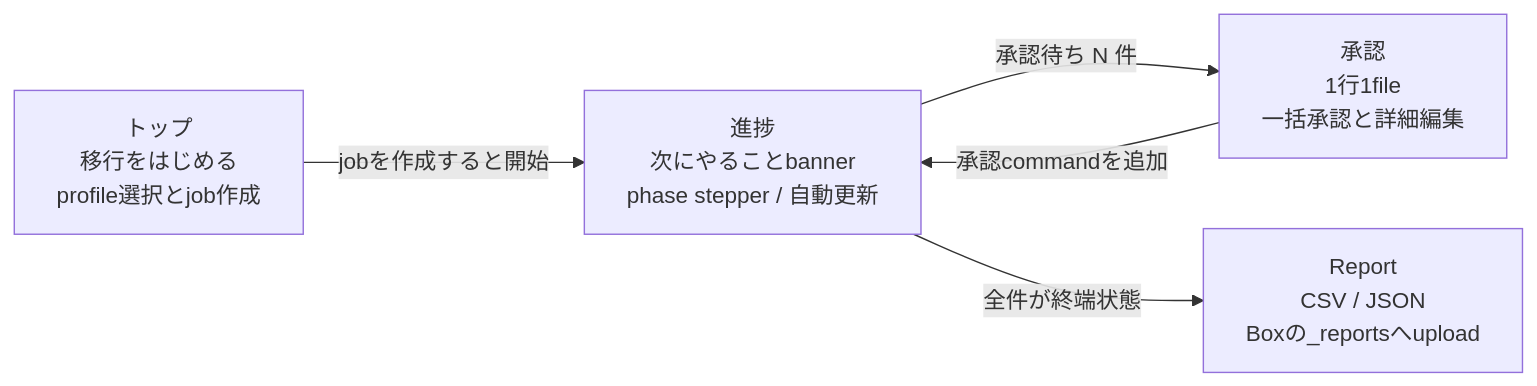
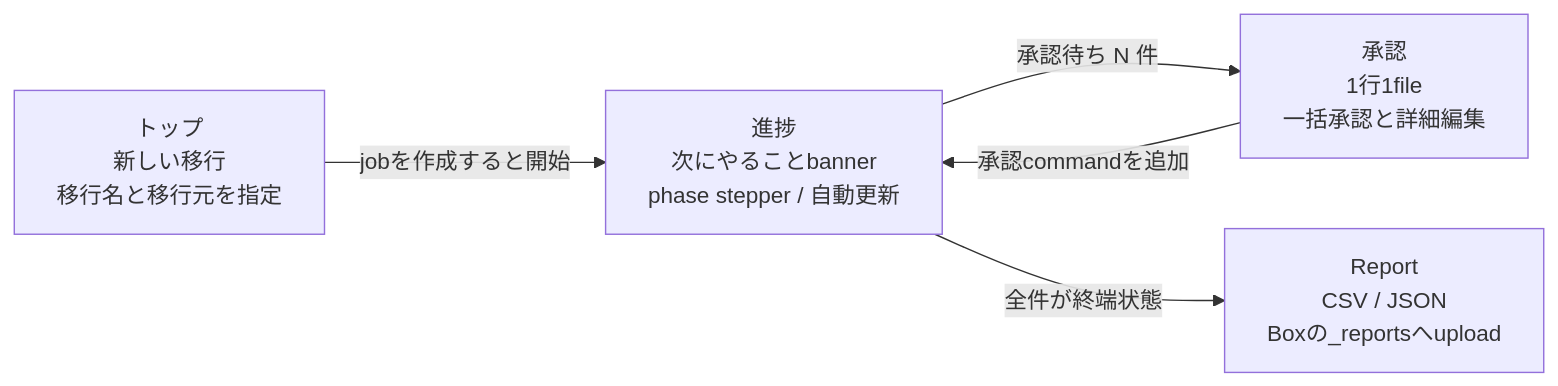
The fifth of 6 diagrams in README.md (moodblu3-sys/shuttle-lite), drawn with Mermaid before and after one commit. The commit also changed other lines of this file and 16 other files, not shown here.

````diff
--- a/README.md
+++ b/README.md
@@ -171,12 +171,12 @@
 ```mermaid
 flowchart LR
-  home["トップ<br/>移行をはじめる<br/>profile選択とjob作成"]
+  home["トップ<br/>新しい移行<br/>移行名と移行元を指定"]
   progress["進捗<br/>次にやることbanner<br/>phase stepper / 自動更新"]
   review["承認<br/>1行1file<br/>一括承認と詳細編集"]
   report["Report<br/>CSV / JSON<br/>Boxの_reportsへupload"]
 
   home -->|"jobを作成すると開始"| progress
   progress -->|"承認待ち N 件"| review
   review -->|"承認commandを追加"| progress
   progress -->|"全件が終端状態"| report
 ```
````
